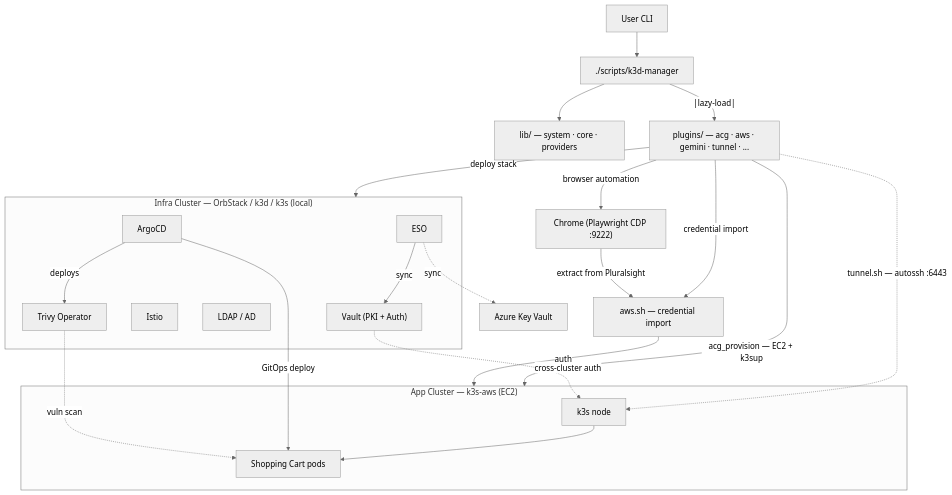
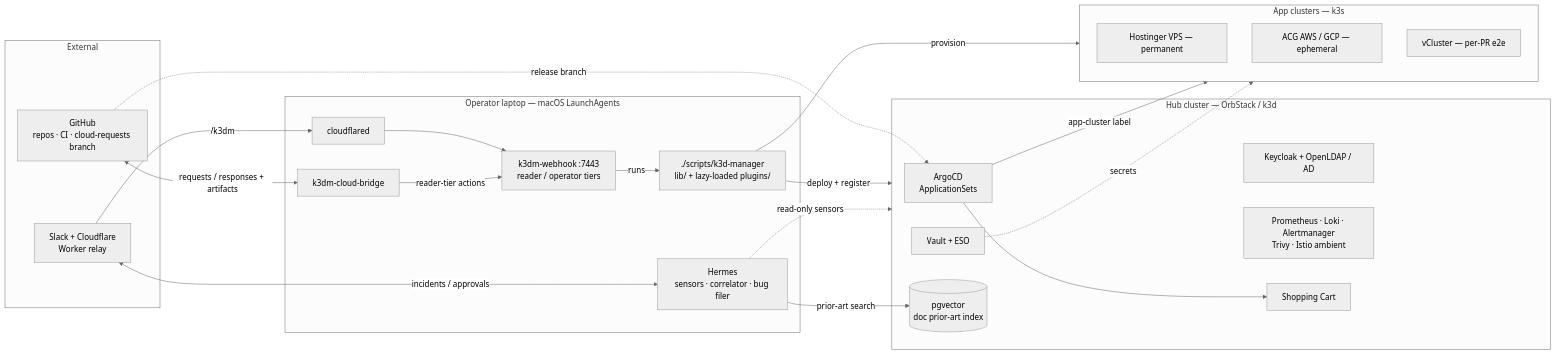
The diagram in README.md (wilddog64/k3d-manager), drawn with Mermaid (neutral theme) before and after one commit. The commit also changed other lines of this file and 285 other files, not shown here.

First line of the commit message:
feat: v1.40.0 — measured retrieval, wider Hermes and cloud-bridge view, threaded Slack answers (#134)

````diff
--- a/README.md
+++ b/README.md
@@ -123,38 +123,44 @@
 ```mermaid
-graph TD
-  U[User CLI] --> KM[./scripts/k3d-manager]
-  KM --> LIB["lib/ — system · core · providers"]
-  KM --|lazy-load|--> PLUG["plugins/ — acg · aws · gemini · tunnel · ..."]
-
-  subgraph Infra ["Infra Cluster — OrbStack / k3d / k3s (local)"]
-    VAULT["Vault (PKI + Auth)"]
-    ESO[ESO]
-    ARGOCD[ArgoCD]
-    ISTIO[Istio]
-    LDAP[LDAP / AD]
-    TRIVY[Trivy Operator]
-    ESO -->|sync| VAULT
-    ARGOCD -->|deploys| TRIVY
+graph LR
+  subgraph External ["External"]
+    GH["GitHub<br/>repos · CI · cloud-requests branch"]
+    SLACK["Slack + Cloudflare<br/>Worker relay"]
   end
 
-  subgraph AppCluster ["App Cluster — k3s-aws (EC2)"]
-    K3S[k3s node]
-    APPS[Shopping Cart pods]
-    K3S --> APPS
+  subgraph Laptop ["Operator laptop — macOS LaunchAgents"]
+    KM["./scripts/k3d-manager<br/>lib/ + lazy-loaded plugins/"]
+    WH["k3dm-webhook :7443<br/>reader / operator tiers"]
+    BRIDGE[k3dm-cloud-bridge]
+    HERMES["Hermes<br/>sensors · correlator · bug filer"]
+    CFD[cloudflared]
   end
 
-  ANTG["Chrome (Playwright CDP :9222)"]
-  AWSC["aws.sh — credential import"]
+  subgraph Hub ["Hub cluster — OrbStack / k3d"]
+    ARGOCD["ArgoCD<br/>ApplicationSets"]
+    VAULT["Vault + ESO"]
+    IDP["Keycloak + OpenLDAP / AD"]
+    OBS["Prometheus · Loki · Alertmanager<br/>Trivy · Istio ambient"]
+    PGV[("pgvector<br/>doc prior-art index")]
+    SC1[Shopping Cart]
+  end
 
-  PLUG -->|deploy stack| Infra
-  PLUG -->|acg_provision — EC2 + k3sup| AppCluster
-  PLUG -->|browser automation| ANTG
-  PLUG -->|credential import| AWSC
-  ANTG -->|extract from Pluralsight| AWSC
-  AWSC -->|auth| AppCluster
-  PLUG -.->|tunnel.sh — autossh :6443| K3S
-  ARGOCD -->|GitOps deploy| APPS
-  TRIVY -.->|vuln scan| APPS
-  VAULT -.->|cross-cluster auth| K3S
-  ESO -.->|sync| AKV[Azure Key Vault]
+  subgraph Apps ["App clusters — k3s"]
+    HOST[Hostinger VPS — permanent]
+    ACG[ACG AWS / GCP — ephemeral]
+    VC[vCluster — per-PR e2e]
+  end
+
+  KM -->|deploy + register| Hub
+  KM -->|provision| Apps
+  SLACK -->|/k3dm| CFD --> WH
+  GH <-->|requests / responses + artifacts| BRIDGE
+  BRIDGE -->|reader-tier actions| WH
+  WH -->|runs| KM
+  HERMES -.->|read-only sensors| Hub
+  HERMES -->|prior-art search| PGV
+  SLACK <-->|incidents / approvals| HERMES
+  GH -.->|release branch| ARGOCD
+  ARGOCD --> SC1
+  ARGOCD -->|app-cluster label| Apps
+  VAULT -.->|secrets| Apps
 ```
````
